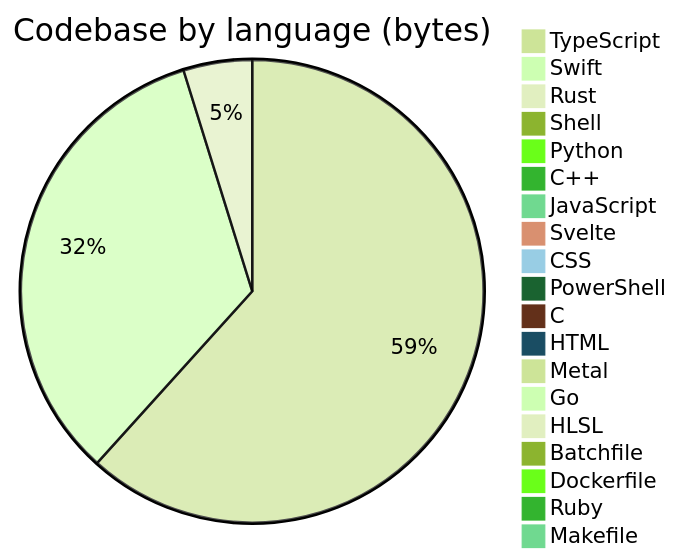
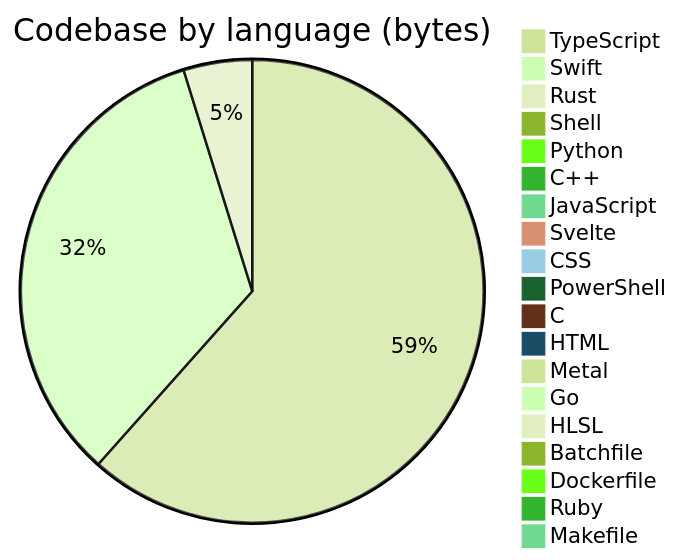
Before and after one commit to Open330/.github: the diagram in profile/README.md, drawn with Mermaid (forest theme). The commit also changed other lines of this file, not shown here.

````diff
--- a/profile/README.md
+++ b/profile/README.md
@@ -130,22 +130,22 @@
 ```mermaid
 pie title Codebase by language (bytes)
     "TypeScript" : 34493965
-    "Swift" : 18735691
+    "Swift" : 18839254
     "Rust" : 2684444
     "Shell" : 507308
     "Python" : 443148
     "C++" : 388775
     "JavaScript" : 368493
     "Svelte" : 143451
     "CSS" : 143226
     "PowerShell" : 128198
     "C" : 114143
     "HTML" : 55101
     "Metal" : 33033
     "Go" : 22811
     "HLSL" : 7527
     "Batchfile" : 5870
     "Dockerfile" : 4893
     "Ruby" : 1554
     "Makefile" : 1150
 ```
````
